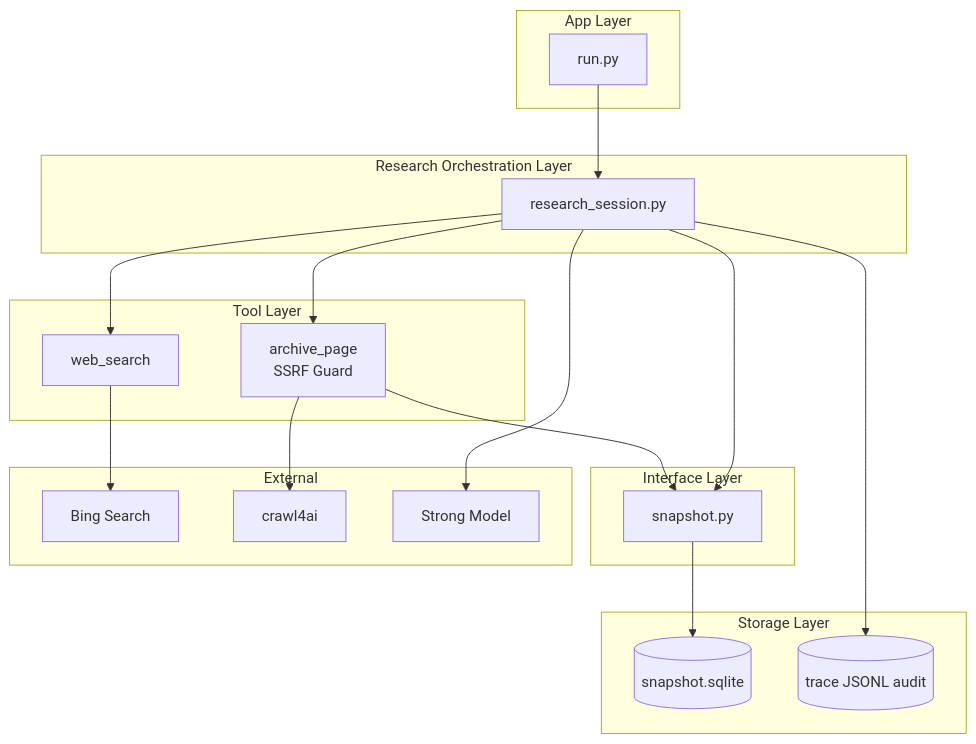
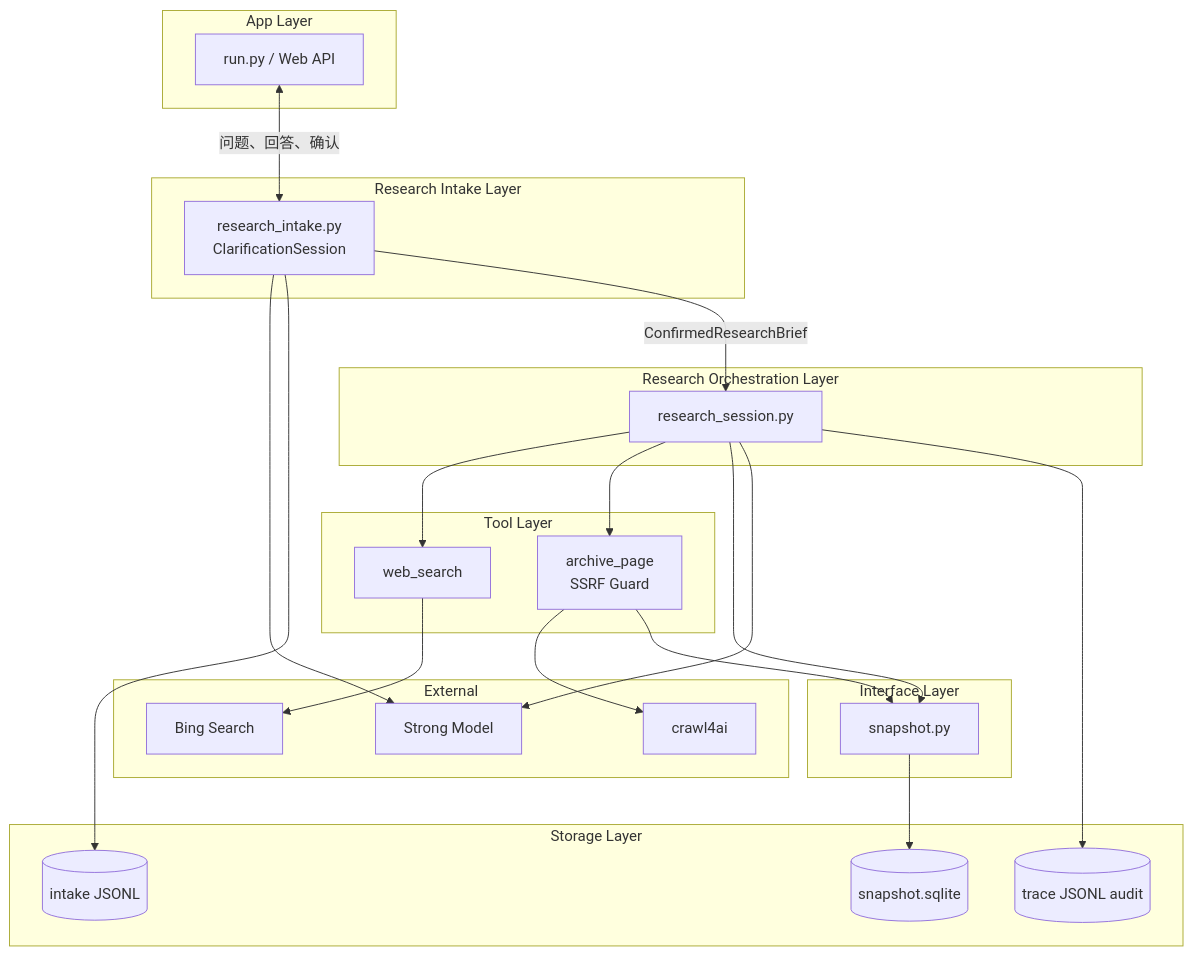
Before and after one commit to SuperCatQR/traceable-research-runtime: the first of 6 diagrams in docs/web-search-architecture.md, drawn with Mermaid. The commit also changed other lines of this file and 1 other file, not shown here.

Commit message:
docs: design intake confirmation layer

````diff
--- a/docs/web-search-architecture.md
+++ b/docs/web-search-architecture.md
@@ -102,41 +102,49 @@
 ```mermaid
 flowchart TB
     subgraph appLayer["App Layer"]
-        appProc["run.py"]
+        appProc["run.py / Web API"]
+    end
+
+    subgraph intakeLayer["Research Intake Layer"]
+        intakeProc["research_intake.py<br/>ClarificationSession"]
     end
 
     subgraph flowLayer["Research Orchestration Layer"]
         sessionProc["research_session.py"]
     end
 
     subgraph serviceLayer["Tool Layer"]
         webSearch["web_search"]
         archivePage["archive_page<br/>SSRF Guard"]
     end
 
     subgraph interfaceLayer["Interface Layer"]
         snapshotApi["snapshot.py"]
     end
 
     subgraph storageLayer["Storage Layer"]
+        intakeLog[("intake JSONL")]
         snapshotDb[("snapshot.sqlite")]
         auditLog[("trace JSONL audit")]
     end
 
     subgraph externalLayer["External"]
         bingEngine["Bing Search"]
         crawlService["crawl4ai"]
         strongModel["Strong Model"]
     end
 
-    appProc --> sessionProc
+    appProc <-->|问题、回答、确认| intakeProc
+    intakeProc --> strongModel
+    intakeProc --> intakeLog
+    intakeProc -->|ConfirmedResearchBrief| sessionProc
     sessionProc --> webSearch
     sessionProc --> archivePage
     sessionProc --> snapshotApi
     sessionProc --> strongModel
     sessionProc --> auditLog
     webSearch --> bingEngine
     archivePage --> crawlService
     archivePage --> snapshotApi
     snapshotApi --> snapshotDb
 ```
````
